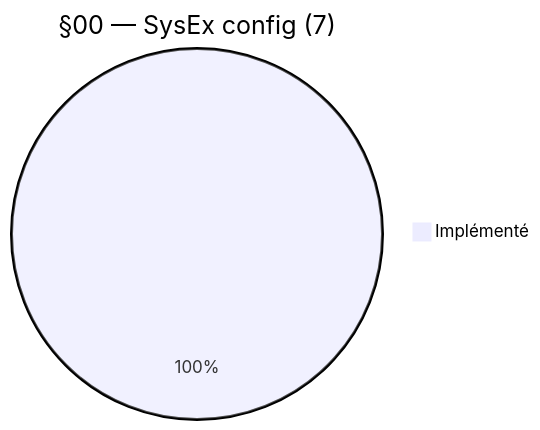
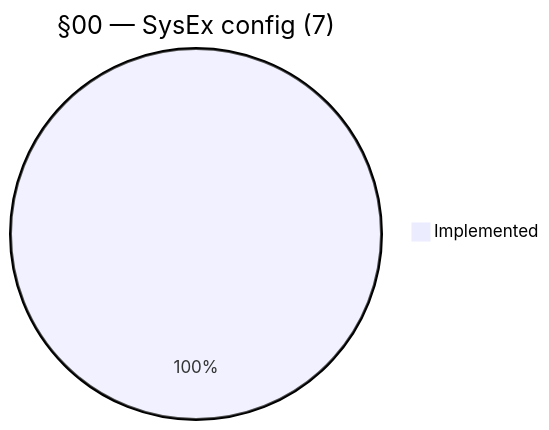
Before and after one commit to xplorer2716/XS56K: the second of 14 diagrams in process/3.plan/SUMMARY-akm-sections-coverage.md, drawn with Mermaid. The commit also changed other lines of this file, not shown here.

````diff
--- a/process/3.plan/SUMMARY-akm-sections-coverage.md
+++ b/process/3.plan/SUMMARY-akm-sections-coverage.md
@@ -28,4 +28,4 @@
 ```mermaid
 pie title §00 — SysEx config (7)
-    "Implémenté" : 7
+    "Implemented" : 7
 ```
````
